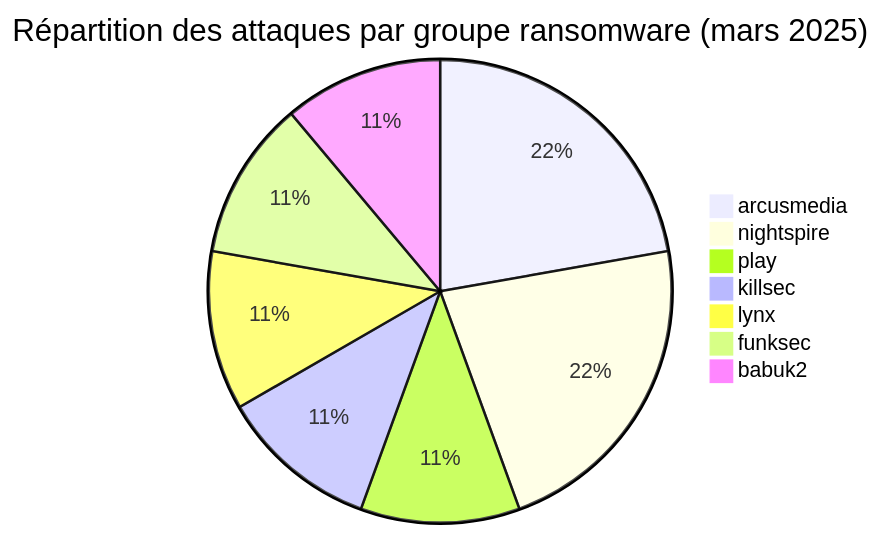
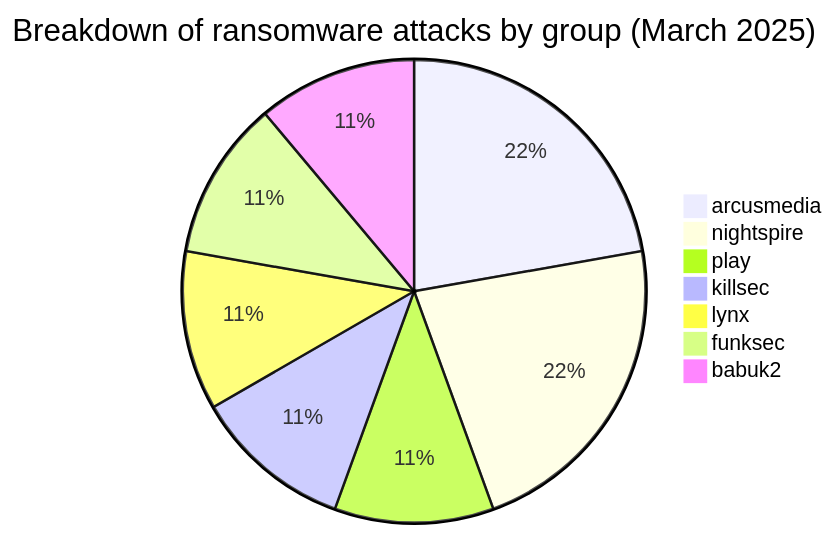
Before and after one commit to Hatchepsoute/AFRINTEL: the first of 5 diagrams in reports/2025/03-march/README.md, drawn with Mermaid.

Commit message:
chore: update repo content

````diff
--- a/reports/2025/03-march/README.md
+++ b/reports/2025/03-march/README.md
@@ -32,10 +32,10 @@
 ```mermaid
-pie title Répartition des attaques par groupe ransomware (mars 2025)
+pie title Breakdown of ransomware attacks by group (March 2025)
     "arcusmedia" : 2
     "nightspire" : 2
     "play" : 1
     "killsec" : 1
     "lynx" : 1
     "funksec" : 1
     "babuk2" : 1
 ```
````
